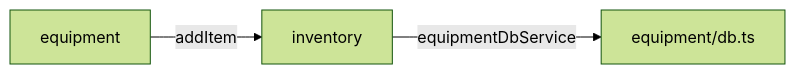
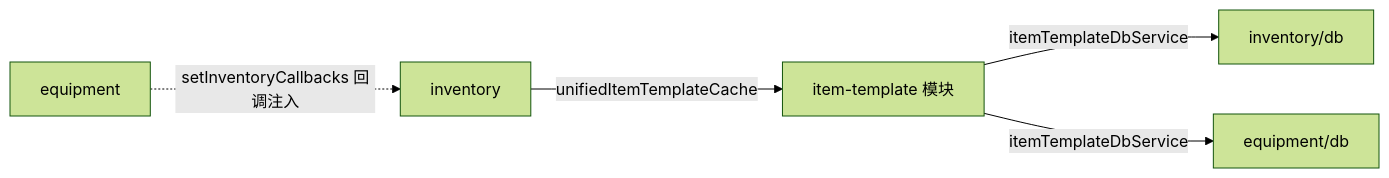
The ninth of 10 diagrams in doc/project/DEPENDENCY_GRAPH.md (SonDemigods/wow_dnd), drawn with Mermaid (forest theme) before and after one commit. The commit also changed other lines of this file and 4 other files, not shown here.

````diff
--- a/doc/project/DEPENDENCY_GRAPH.md
+++ b/doc/project/DEPENDENCY_GRAPH.md
@@ -450,5 +541,7 @@
 ```mermaid
 graph LR
-    equipment -->|addItem| inventory
-    inventory -->|equipmentDbService| equipment_db[equipment/db.ts]
+    inventory -->|unifiedItemTemplateCache| itemTemplate[item-template 模块]
+    itemTemplate -->|itemTemplateDbService| inventory_db[inventory/db]
+    itemTemplate -->|itemTemplateDbService| equipment_db[equipment/db]
+    equipment -.->|setInventoryCallbacks 回调注入| inventory
 ```
````
